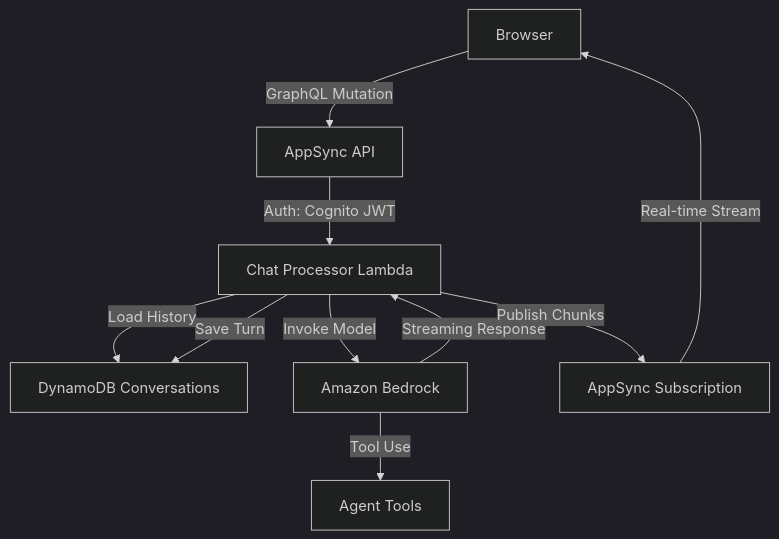
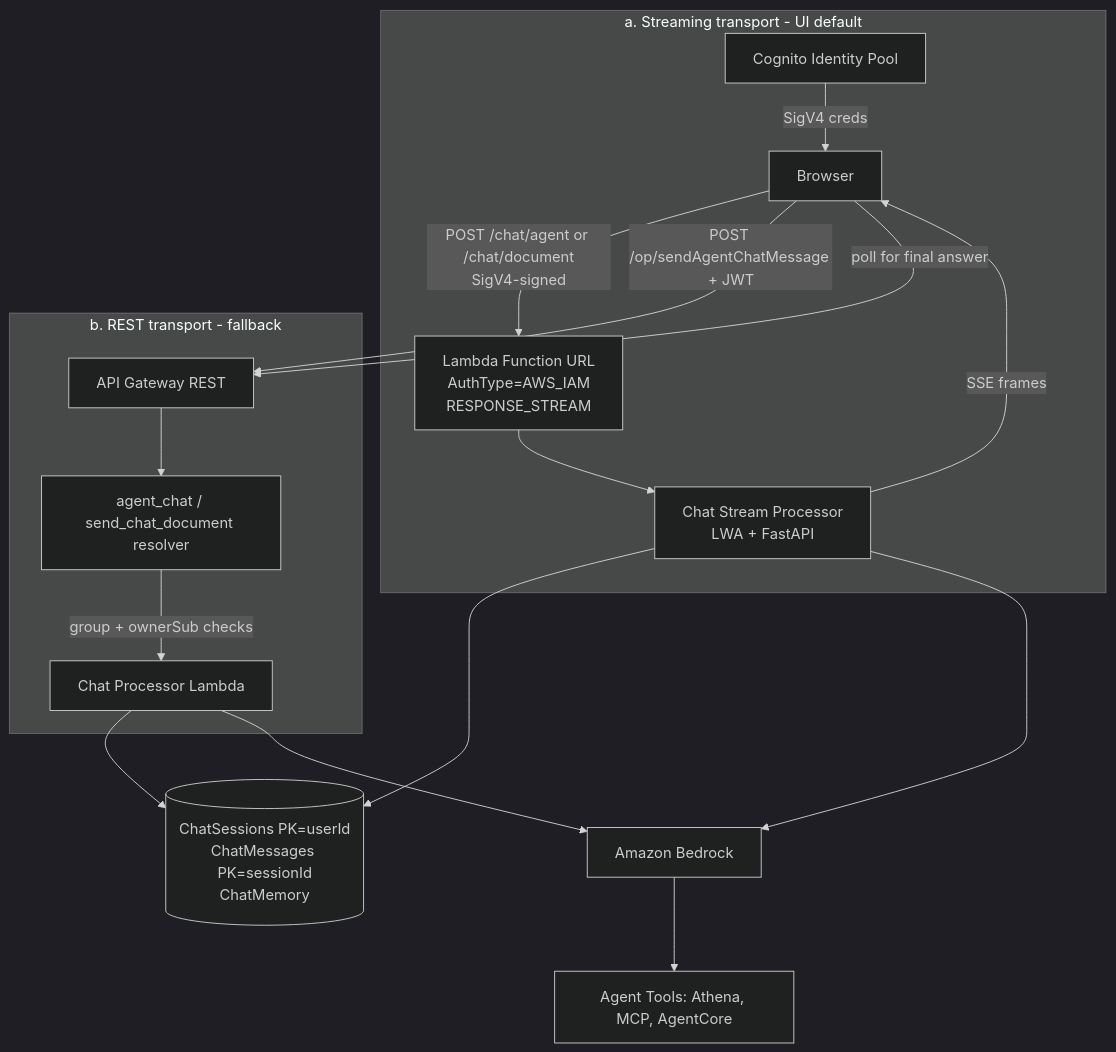
The diagram in security/threat-modeling/feature-threats/companion-chat.md (aws-samples/sample-genai-idp), drawn with Mermaid (dark theme) before and after one commit. The commit also changed other lines of this file and 26 other files, not shown here.

````diff
--- a/security/threat-modeling/feature-threats/companion-chat.md
+++ b/security/threat-modeling/feature-threats/companion-chat.md
@@ -23,16 +36,24 @@
 ```mermaid
 flowchart TD
-    Browser[Browser] -->|GraphQL Mutation| AppSync[AppSync API]
-    AppSync -->|Auth: Cognito JWT| ChatLambda[Chat Processor Lambda]
-    
-    ChatLambda -->|Load History| DDB[DynamoDB Conversations]
-    ChatLambda -->|Invoke Model| Bedrock[Amazon Bedrock]
-    
-    Bedrock -->|Streaming Response| ChatLambda
-    ChatLambda -->|Publish Chunks| AppSyncSub[AppSync Subscription]
-    AppSyncSub -->|Real-time Stream| Browser
-    
-    ChatLambda -->|Save Turn| DDB
-    
-    Bedrock -->|Tool Use| Tools[Agent Tools]
+    Browser[Browser]
+
+    subgraph Streaming[a. Streaming transport - UI default]
+      IdPool[Cognito Identity Pool] -->|SigV4 creds| Browser
+      Browser -->|"POST /chat/agent or /chat/document<br/>SigV4-signed"| FURL["Lambda Function URL<br/>AuthType=AWS_IAM<br/>RESPONSE_STREAM"]
+      FURL --> Proc[Chat Stream Processor<br/>LWA + FastAPI]
+      Proc -->|SSE frames| Browser
+    end
+
+    subgraph REST[b. REST transport - fallback]
+      Browser -->|"POST /op/sendAgentChatMessage + JWT"| APIGW[API Gateway REST]
+      APIGW --> Resolver[agent_chat / send_chat_document resolver]
+      Resolver -->|group + ownerSub checks| Proc2[Chat Processor Lambda]
+      Browser -->|poll for final answer| APIGW
+    end
+
+    Proc --> DDB[(ChatSessions PK=userId<br/>ChatMessages PK=sessionId<br/>ChatMemory)]
+    Proc2 --> DDB
+    Proc --> Bedrock[Amazon Bedrock]
+    Proc2 --> Bedrock
+    Bedrock --> Tools[Agent Tools: Athena, MCP, AgentCore]
 ```
````
